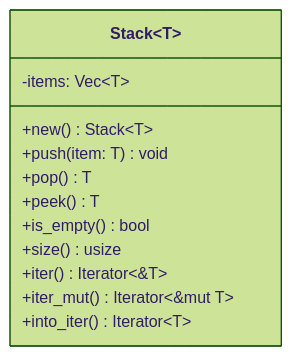
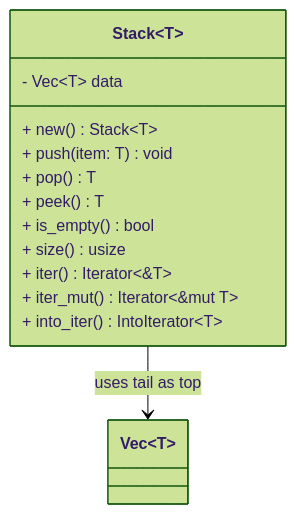
The diagram in README.md (wassimans/algorithms-and-data-structures-in-rust), drawn with Mermaid (forest theme) before and after one commit. The commit also changed other lines of this file and 1 other file, not shown here.

Commit message:
Add basic Stack methods

````diff
--- a/README.md
+++ b/README.md
@@ -22,15 +27,17 @@
 ```mermaid
 classDiagram
     class Stack~T~ {
-        -items: Vec~T~
-        +new() Stack~T~
-        +push(item: T) void
-        +pop() T
-        +peek() T
-        +is_empty() bool
-        +size() usize
-        +iter() Iterator~&T~
-        +iter_mut() Iterator~&mut T~
-        +into_iter() Iterator~T~
+        - Vec~T~ data
+        + new() Stack~T~
+        + push(item: T) void
+        + pop() T
+        + peek() T
+        + is_empty() bool
+        + size() usize
+        + iter() Iterator~&T~
+        + iter_mut() Iterator~&mut T~
+        + into_iter() IntoIterator~T~
     }
+
+    Stack~T~ --> Vec~T~ : uses tail as top
 ```
````
